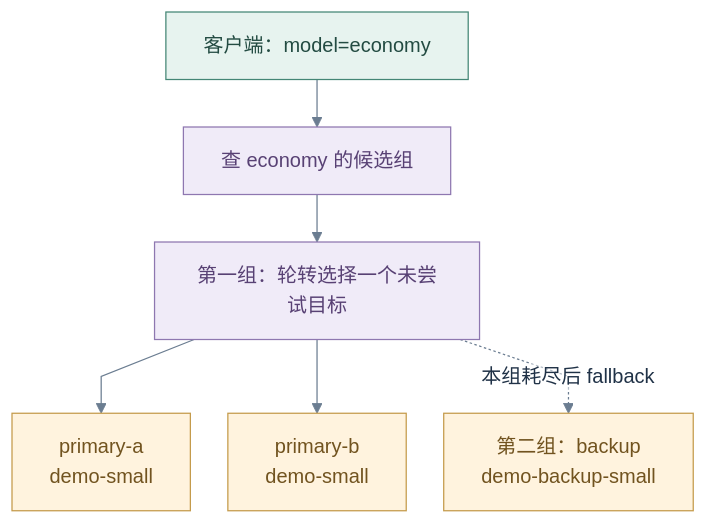
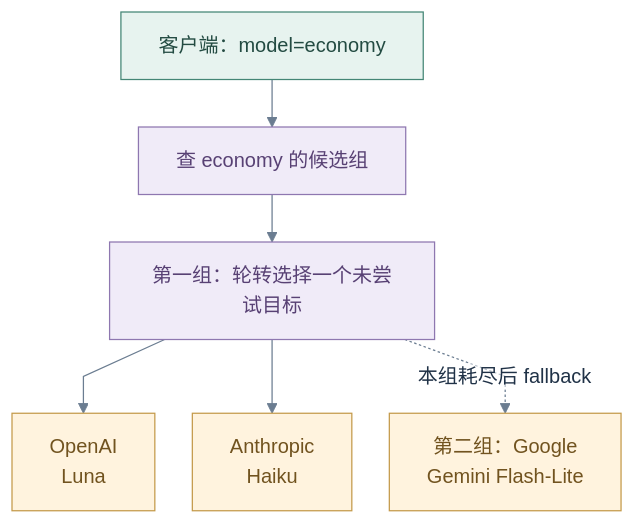
Before and after one commit to songofhawk/go-llm-gateway: the first of 8 diagrams in docs/02-routing.md, drawn with Mermaid. The commit also changed other lines of this file and 176 other files, not shown here.

````diff
--- a/docs/02-routing.md
+++ b/docs/02-routing.md
@@ -33,53 +33,53 @@
 ```mermaid
 ---
 config:
   theme: "base"
   fontFamily: "Arial, PingFang SC, Microsoft YaHei, sans-serif"
   themeVariables:
     fontSize: "16px"
     primaryColor: "#eef4fa"
     primaryTextColor: "#203247"
     primaryBorderColor: "#8496ab"
     lineColor: "#6b7d91"
     secondaryColor: "#eaf6f1"
     tertiaryColor: "#fff4df"
     noteBkgColor: "#fff4df"
     noteTextColor: "#61491f"
     noteBorderColor: "#b4a17d"
     actorBkg: "#eef4fa"
     actorBorder: "#8496ab"
     actorTextColor: "#203247"
     edgeLabelBackground: "#FFFFFF"
   flowchart:
     htmlLabels: false
     curve: "linear"
     nodeSpacing: 30
     rankSpacing: 38
     useMaxWidth: true
   sequence:
     useMaxWidth: true
     wrap: true
     actorMargin: 40
     width: 150
     messageMargin: 30
     noteMargin: 12
   state:
     useMaxWidth: true
 ---
 flowchart TB
     accTitle: 第二课的逻辑档次、组内轮转与备用组
-    accDescr: 客户端指定economy，配置映射为主组A与B及备用组。每次先调用一个候选，可重试失败继续组内尝试，主组用尽后才进入备用组。
+    accDescr: 客户端指定economy，配置映射为OpenAI、Anthropic及Google备用组。每次先调用一个候选，可重试失败继续组内尝试，主组用尽后才进入备用组。
     C["客户端：model=economy"] --> G["查 economy 的候选组"]
     G --> R["第一组：轮转选择一个未尝试目标"]
-    R --> A["primary-a<br/>demo-small"]
-    R --> B["primary-b<br/>demo-small"]
-    R -.->|"本组耗尽后 fallback"| F["第二组：backup<br/>demo-backup-small"]
+    R --> A["OpenAI<br/>Luna"]
+    R --> B["Anthropic<br/>Haiku"]
+    R -.->|"本组耗尽后 fallback"| F["第二组：Google<br/>Gemini Flash-Lite"]
     classDef client fill:#E7F3EF,stroke:#448675,color:#234B42;
     classDef http fill:#EAF0FA,stroke:#6285B7,color:#29466D;
     classDef routing fill:#F0EBF8,stroke:#8E77B0,color:#584174;
     classDef upstream fill:#FFF3DE,stroke:#C49A4A,color:#71531F;
     classDef error fill:#FCEBE7,stroke:#C77D6B,color:#773F33;
     class C client;
     class G,R routing;
     class A,B,F upstream;
 ```
````
